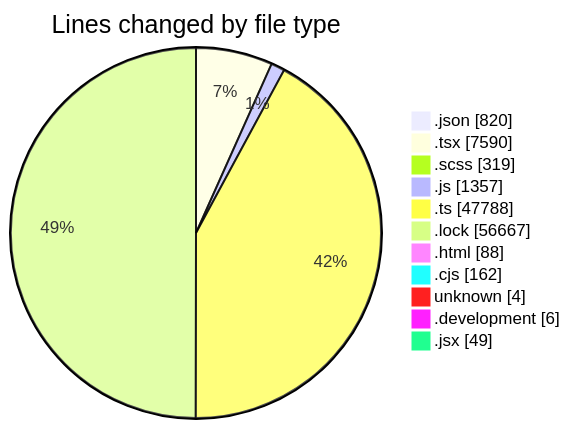
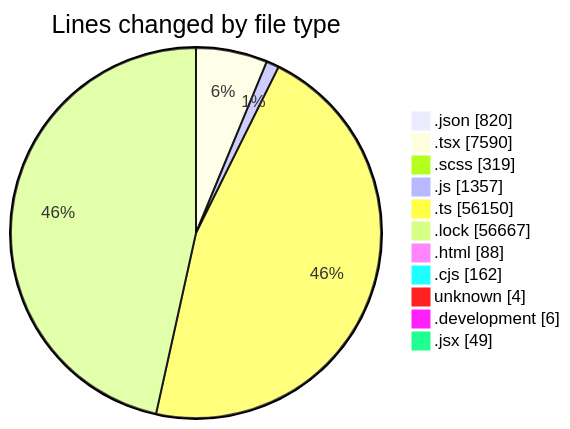
The first of 2 diagrams in 2026-09-03/cda/README.md (momahboobian/code-tracking), drawn with Mermaid before and after one commit. The commit also changed other lines of this file and 1 other file, not shown here.

````diff
--- a/2026-09-03/cda/README.md
+++ b/2026-09-03/cda/README.md
@@ -113,15 +118,15 @@
 ```mermaid
 pie showData
 title Lines changed by file type
 ".json" : 820
 ".tsx" : 7590
 ".scss" : 319
 ".js" : 1357
-".ts" : 47788
+".ts" : 56150
 ".lock" : 56667
 ".html" : 88
 ".cjs" : 162
 "unknown" : 4
 ".development" : 6
 ".jsx" : 49
 ```
````
